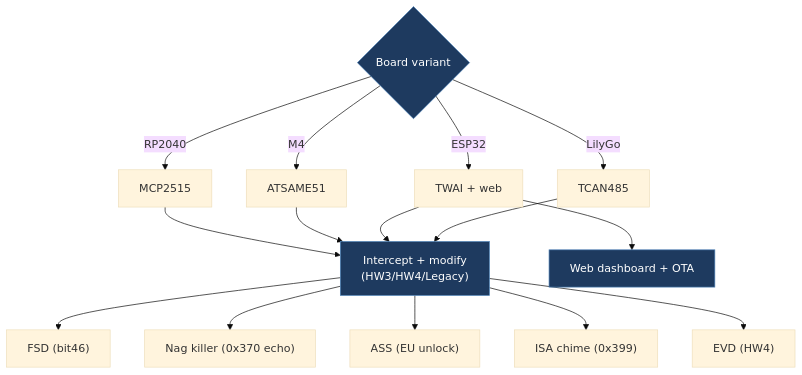
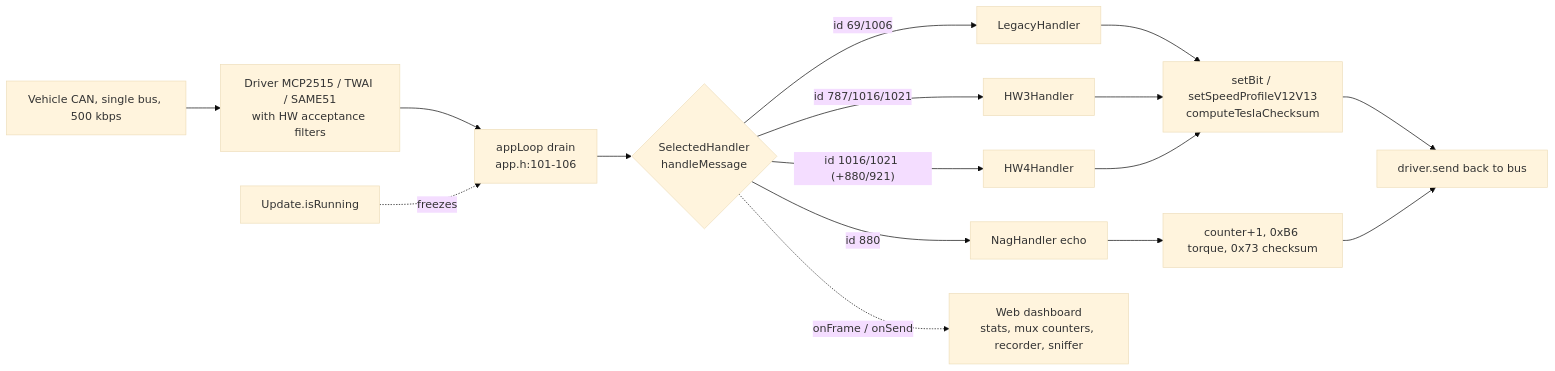
Before and after one commit to babico/TeslaCANModder: the first of 4 diagrams in docs/legacy/slxslx-tesla-open-can-mod-slx-repo.md, drawn with Mermaid (base theme). The commit also changed other lines of this file and 99 other files, not shown here.

````diff
--- a/docs/legacy/slxslx-tesla-open-can-mod-slx-repo.md
+++ b/docs/legacy/slxslx-tesla-open-can-mod-slx-repo.md
@@ -13,16 +80,18 @@
 ```mermaid
-flowchart TB
-    HW{"Board variant"} -->|RP2040| MCP["MCP2515"]
-    HW -->|M4| MCAN["ATSAME51"]
-    HW -->|ESP32| TWAI["TWAI + web"]
-    HW -->|LilyGo| CAN["TCAN485"]
-    MCP & MCAN & TWAI & CAN --> Frame["Intercept + modify<br/>(HW3/HW4/Legacy)"]
-    Frame --> FSD["FSD (bit46)"]
-    Frame --> Nag["Nag killer (0x370 echo)"]
-    Frame --> ASS["ASS (EU unlock)"]
-    Frame --> ISA["ISA chime (0x399)"]
-    Frame --> EVD["EVD (HW4)"]
-    TWAI --> Web["Web dashboard + OTA"]
-    classDef path fill:#1e3a5f,stroke:#4a7fb5,color:#fff
-    class HW,Frame,Web path
+flowchart LR
+    Bus["Vehicle CAN, single bus, 500 kbps"] --> Rx["Driver MCP2515 / TWAI / SAME51<br/>with HW acceptance filters"]
+    Rx --> Drain["appLoop drain<br/>app.h:101-106"]
+    Drain --> Sel{"SelectedHandler<br/>handleMessage"}
+    Sel -->|"id 69/1006"| Legacy["LegacyHandler"]
+    Sel -->|"id 787/1016/1021"| HW3["HW3Handler"]
+    Sel -->|"id 1016/1021 (+880/921)"| HW4["HW4Handler"]
+    Sel -->|"id 880"| Nag["NagHandler echo"]
+    Legacy --> Mut["setBit / setSpeedProfileV12V13<br/>computeTeslaChecksum"]
+    HW3 --> Mut
+    HW4 --> Mut
+    Nag --> Ech["counter+1, 0xB6 torque, 0x73 checksum"]
+    Mut --> Tx["driver.send back to bus"]
+    Ech --> Tx
+    Sel -.->|"onFrame / onSend"| Dash["Web dashboard<br/>stats, mux counters, recorder, sniffer"]
+    Ota["Update.isRunning"] -.->|"freezes"| Drain
 ```
````
